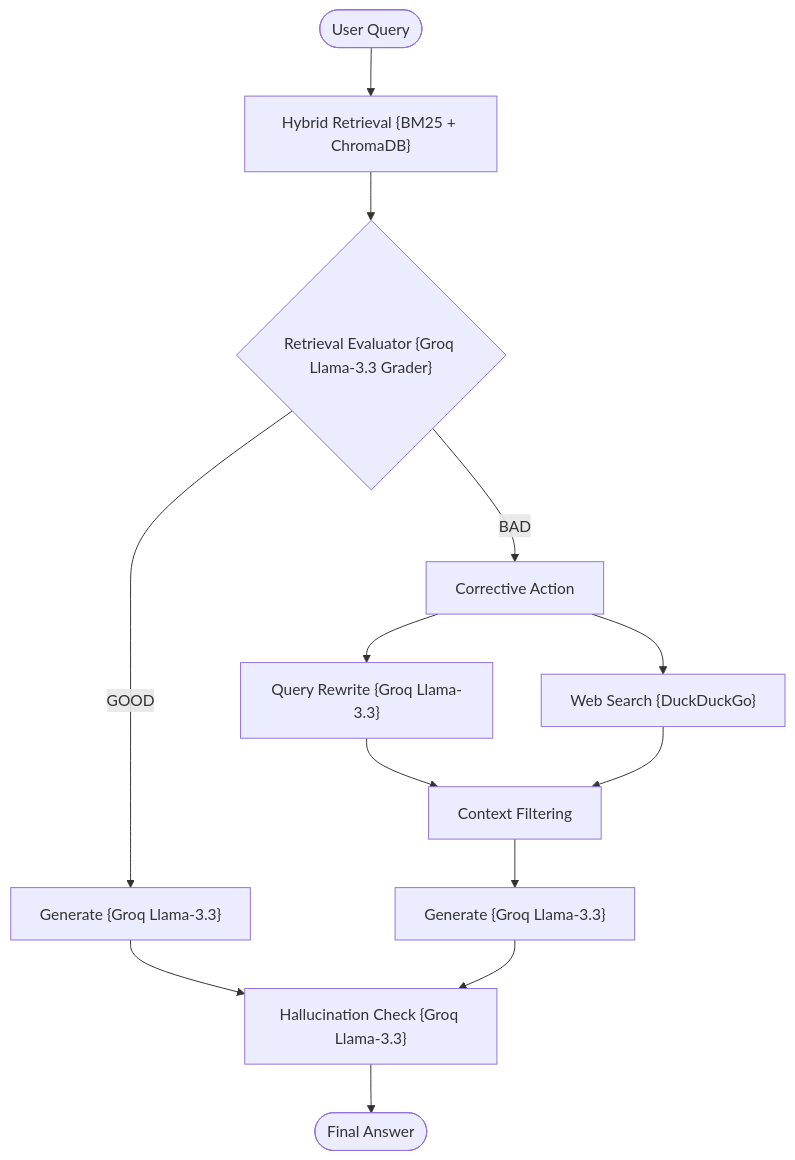
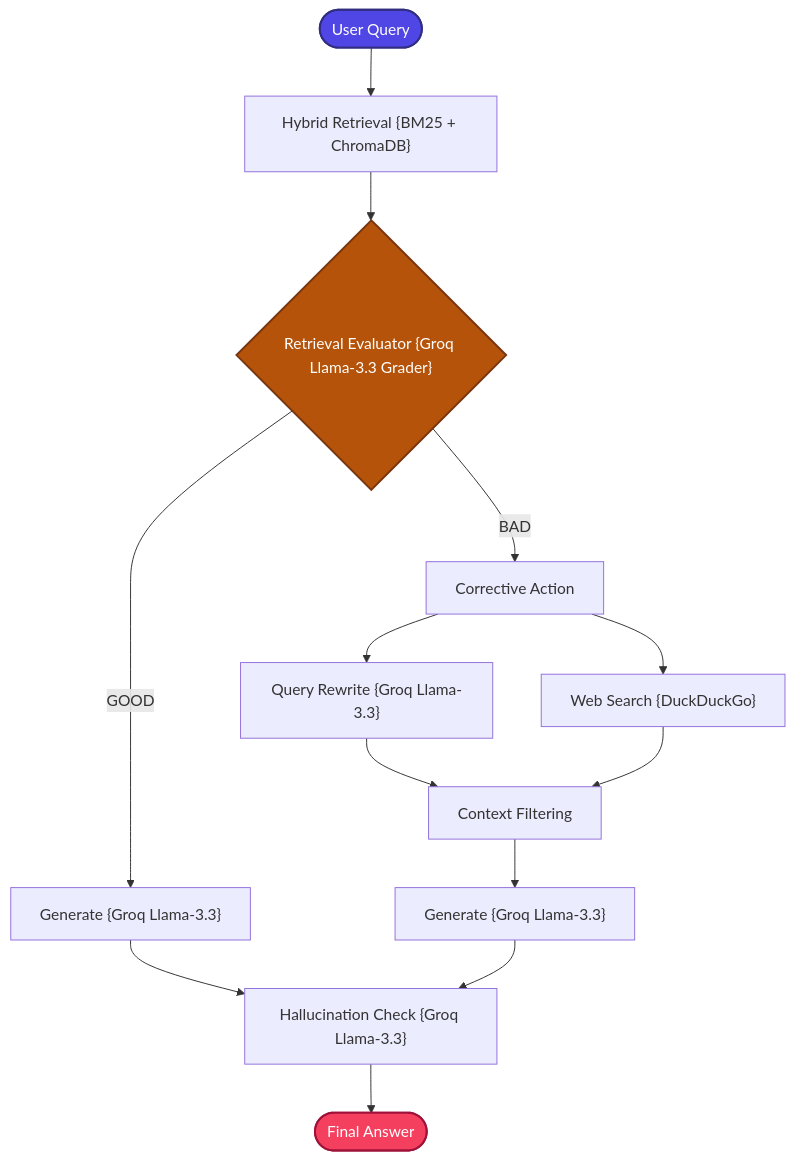
The diagram in 14_Corrective_RAG/README.md (mohd-faizy/RAG-Design-Patterns), drawn with Mermaid before and after one commit. The commit also changed 18 other files, not shown here.

````diff
--- a/14_Corrective_RAG/README.md
+++ b/14_Corrective_RAG/README.md
@@ -20,20 +20,24 @@
 ```mermaid
 graph TD
     Query([User Query]) --> Hybrid["Hybrid Retrieval {BM25 + ChromaDB}"]
     Hybrid --> Evaluator{"Retrieval Evaluator {Groq Llama-3.3 Grader}"}
     Evaluator -- GOOD --> Generate1["Generate {Groq Llama-3.3}"]
     Evaluator -- BAD --> Corrective[Corrective Action]
     
     Corrective --> Rewrite["Query Rewrite {Groq Llama-3.3}"]
     Corrective --> WebSearch["Web Search {DuckDuckGo}"]
     
     Rewrite --> Filtering[Context Filtering]
     WebSearch --> Filtering
     
     Filtering --> Generate2["Generate {Groq Llama-3.3}"]
     
     Generate1 --> Hallucination["Hallucination Check {Groq Llama-3.3}"]
     Generate2 --> Hallucination
     
     Hallucination --> FinalAnswer([Final Answer])
+
+    style Query fill:#4F46E5,stroke:#312E81,stroke-width:2px,color:#fff
+    style FinalAnswer fill:#F43F5E,stroke:#9F1239,stroke-width:2px,color:#fff
+    style Evaluator fill:#B45309,stroke:#78350F,stroke-width:2px,color:#fff
 ```
````
